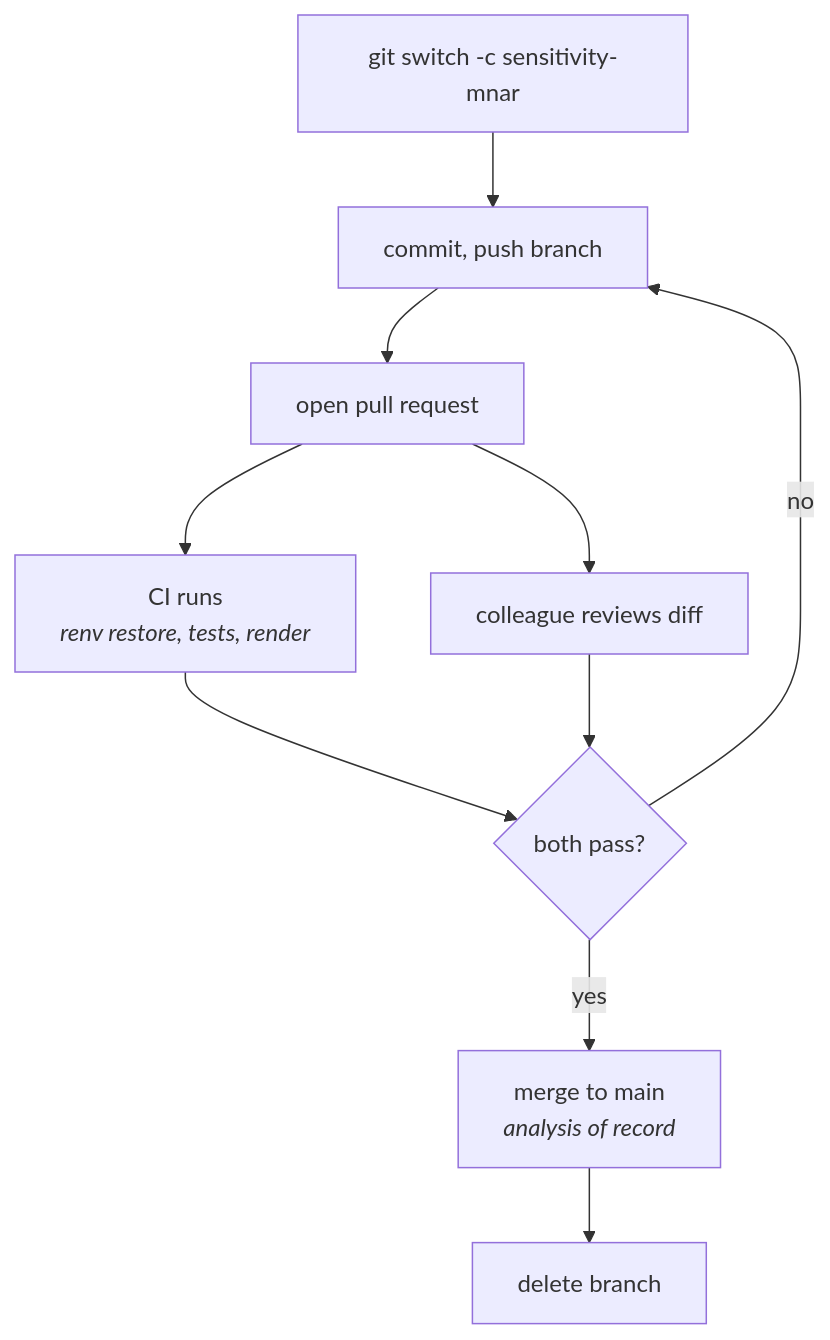
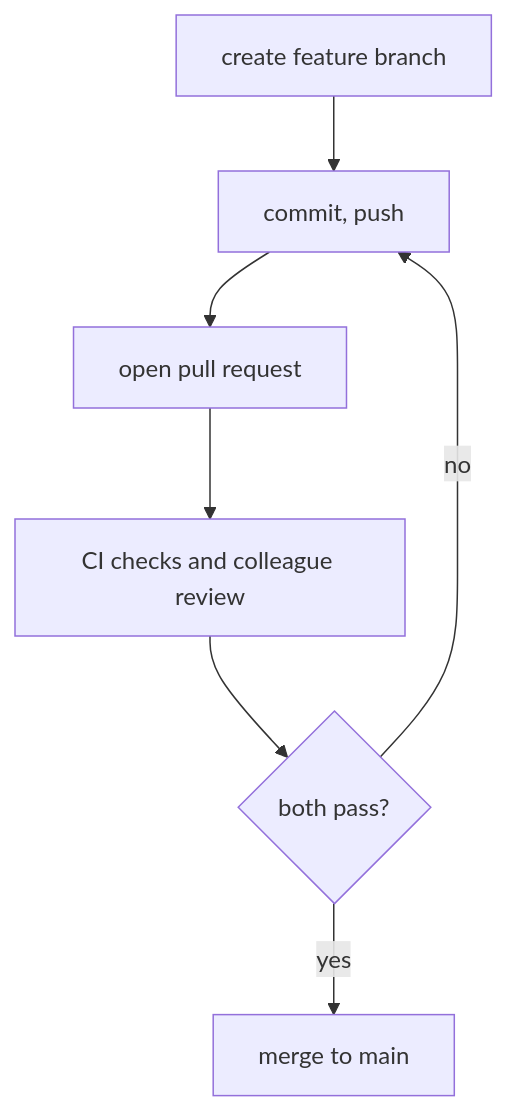
Before and after one commit to rgt47/practicum: the diagram in 05b-git-teams.qmd, drawn with Mermaid. The commit also changed 21 other files, not shown here.

````diff
--- a/05b-git-teams.qmd
+++ b/05b-git-teams.qmd
@@ -223,18 +223,15 @@
 ```{mermaid}
 %%| echo: false
 %%| label: fig-git-pr
 %%| fig-cap: "The feature-branch workflow. Work never lands on `main`
 %%|   directly: it arrives through a pull request that CI has checked
 %%|   and a colleague has read. The branch is short-lived and is
 %%|   deleted once merged."
 flowchart TD
-  A["git switch -c sensitivity-mnar"] --> B["commit, push branch"]
+  A["create feature branch"] --> B["commit, push"]
   B --> C["open pull request"]
-  C --> D["CI runs<br/><i>renv restore, tests, render</i>"]
-  C --> E["colleague reviews diff"]
-  D --> F{"both pass?"}
-  E --> F
-  F -->|"no"| B
-  F -->|"yes"| G["merge to main<br/><i>analysis of record</i>"]
-  G --> H["delete branch"]
+  C --> D["CI checks and colleague review"]
+  D --> E{"both pass?"}
+  E -->|"no"| B
+  E -->|"yes"| F["merge to main"]
 ```
````
